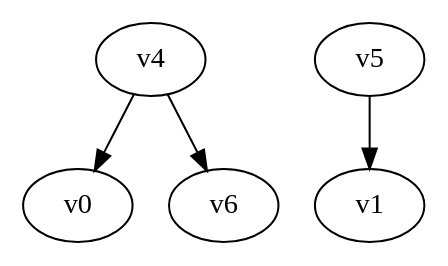
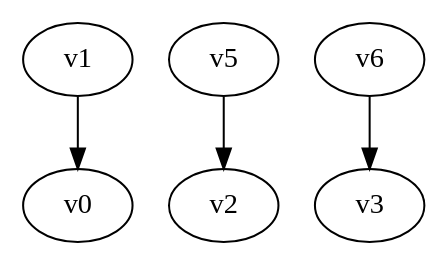
Before and after one commit to yadej/graph_project: the diagram in digraph.dot, drawn with Graphviz. The commit also changed 1 other file, not shown here.

```diff
--- a/digraph.dot
+++ b/digraph.dot
@@ -1,5 +1,5 @@
 digraph G { 
-v4 -> v0;
-v4 -> v6;
-v5 -> v1;
+v1 -> v0;
+v5 -> v2;
+v6 -> v3;
 }
```
